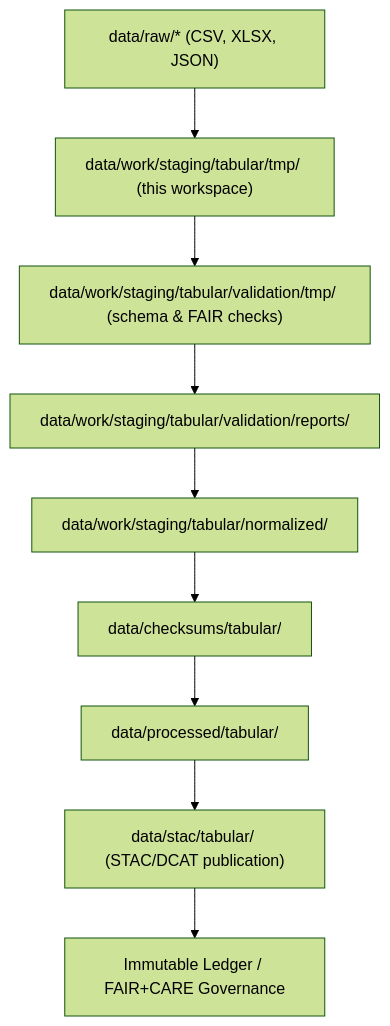
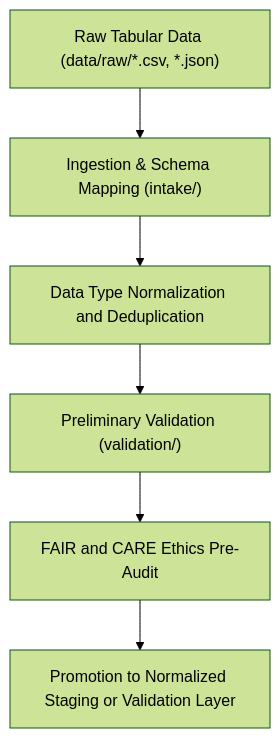
The diagram in data/work/staging/tabular/tmp/README.md (bartytime4life/Kansas-Frontier-Matrix), drawn with Mermaid (forest theme) before and after one commit. The commit also changed other lines of this file, not shown here.

First line of the commit message:
Revise README.md metadata for Tabular TMP Workspace

````diff
--- a/data/work/staging/tabular/tmp/README.md
+++ b/data/work/staging/tabular/tmp/README.md
@@ -63,11 +75,8 @@
 ```mermaid
 flowchart TD
-  A["data/raw/* (CSV, XLSX, JSON)"] --> B["data/work/staging/tabular/tmp/ (this workspace)"]
-  B --> C["data/work/staging/tabular/validation/tmp/ (schema & FAIR checks)"]
-  C --> D["data/work/staging/tabular/validation/reports/"]
-  D --> E["data/work/staging/tabular/normalized/"]
-  E --> F["data/checksums/tabular/"]
-  F --> G["data/processed/tabular/"]
-  G --> H["data/stac/tabular/ (STAC/DCAT publication)"]
-  H --> I["Immutable Ledger / FAIR+CARE Governance"]
+    A["Raw Tabular Data (data/raw/*.csv, *.json)"] --> B["Ingestion & Schema Mapping (intake/)"]
+    B --> C["Data Type Normalization and Deduplication"]
+    C --> D["Preliminary Validation (validation/)"]
+    D --> E["FAIR and CARE Ethics Pre-Audit"]
+    E --> F["Promotion to Normalized Staging or Validation Layer"]
 ```
````
